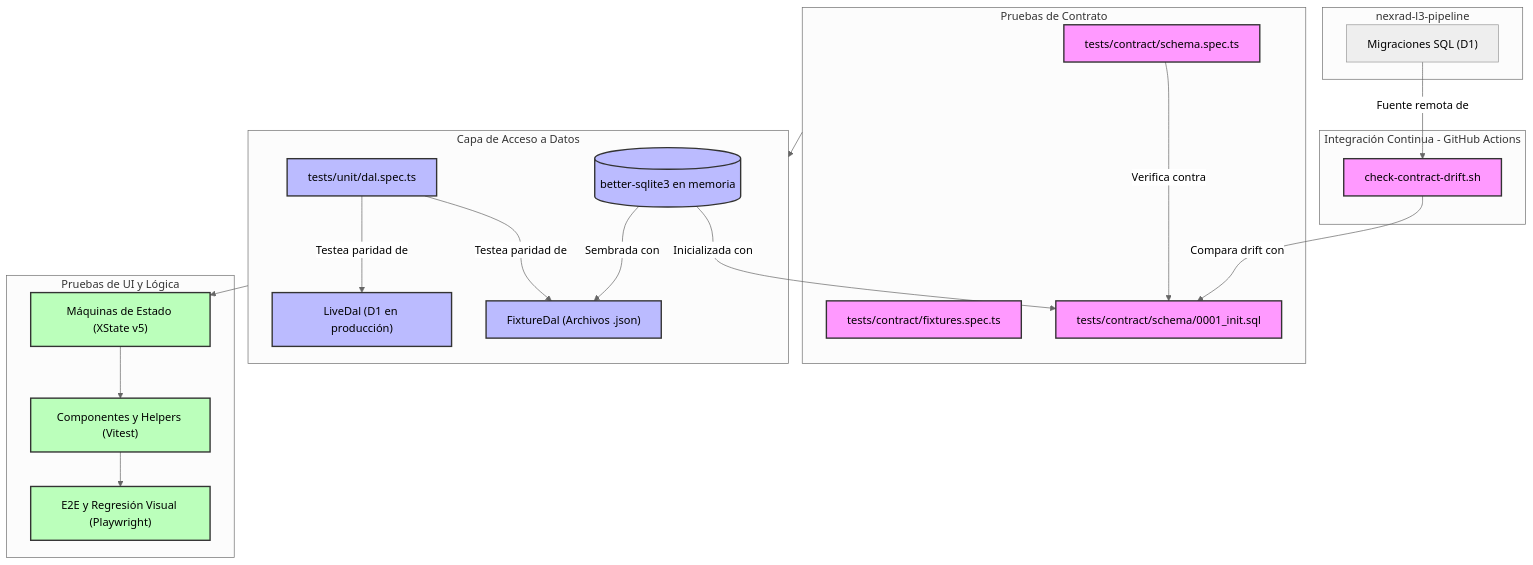
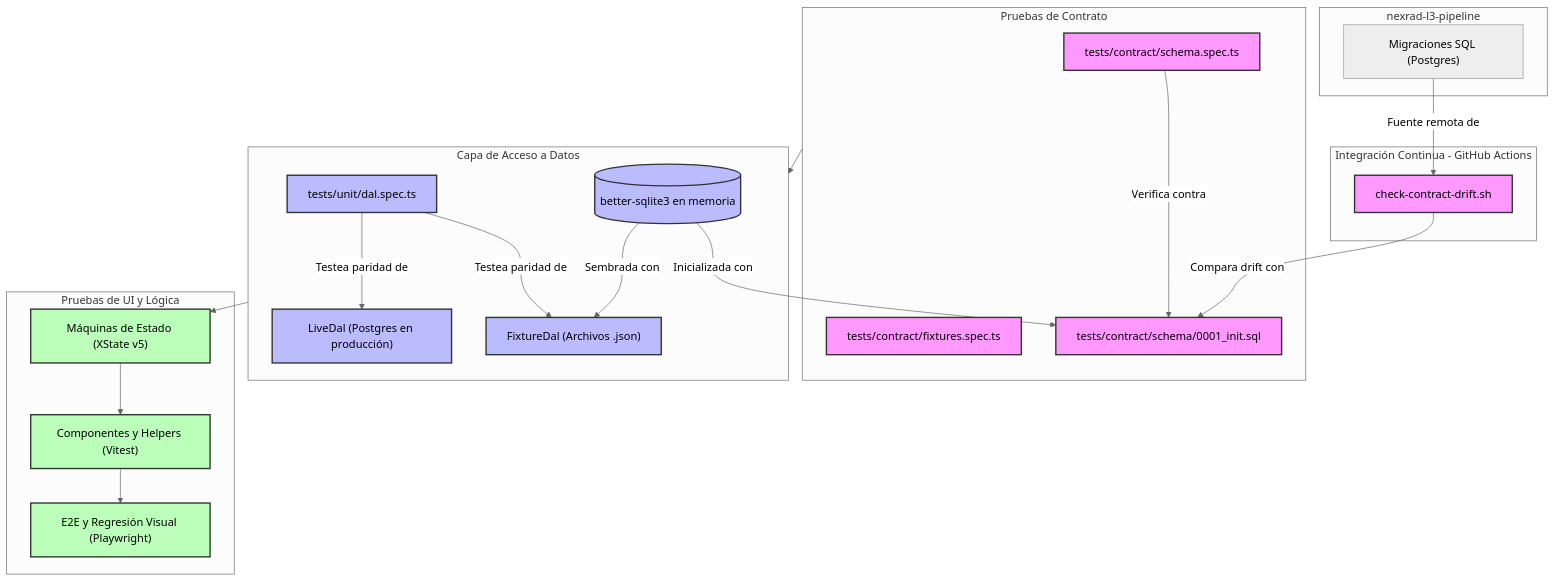
The first of 3 diagrams in docs/pruebas.md (vladimir1284/lamula-webviewer), drawn with Mermaid (neutral theme) before and after one commit. The commit also changed other lines of this file and 8 other files, not shown here.

````diff
--- a/docs/pruebas.md
+++ b/docs/pruebas.md
@@ -13,51 +13,51 @@
 ```mermaid
 flowchart TD
     subgraph Pipeline [nexrad-l3-pipeline]
-        Migrations["Migraciones SQL (D1)"]
+        Migrations["Migraciones SQL (Postgres)"]
     end
 
     subgraph CI [Integración Continua - GitHub Actions]
         Drift["check-contract-drift.sh"]
     end
 
     subgraph Contrato [Pruebas de Contrato]
         SchemaTest["tests/contract/schema.spec.ts"]
         FixtureTest["tests/contract/fixtures.spec.ts"]
         SQLSnapshot["tests/contract/schema/0001_init.sql"]
         
         Drift -- Compara drift con --> SQLSnapshot
         Migrations -- Fuente remota de --> Drift
         SchemaTest -- Verifica contra --> SQLSnapshot
     end
 
     subgraph DAL [Capa de Acceso a Datos]
         DALSpec["tests/unit/dal.spec.ts"]
         FixtureDAL["FixtureDal (Archivos .json)"]
-        LiveDAL["LiveDal (D1 en producción)"]
+        LiveDAL["LiveDal (Postgres en producción)"]
         sqlite[(better-sqlite3 en memoria)]
         
         sqlite -- Inicializada con --> SQLSnapshot
         sqlite -- Sembrada con --> FixtureDAL
         
         DALSpec -- Testea paridad de --> FixtureDAL
         DALSpec -- Testea paridad de --> LiveDAL
     end
 
     subgraph UI [Pruebas de UI y Lógica]
         XState["Máquinas de Estado (XState v5)"]
         Components["Componentes y Helpers (Vitest)"]
         Playwright["E2E y Regresión Visual (Playwright)"]
     end
 
     Contrato --> DAL
     DAL --> XState
     XState --> Components
     Components --> Playwright
     
     classDef contract fill:#f9f,stroke:#333,stroke-width:2px;
     classDef dal fill:#bbf,stroke:#333,stroke-width:2px;
     classDef ui fill:#bfb,stroke:#333,stroke-width:2px;
     class SchemaTest,FixtureTest,SQLSnapshot,Drift contract;
     class FixtureDAL,LiveDAL,sqlite,DALSpec dal;
     class XState,Components,Playwright ui;
 ```
````
